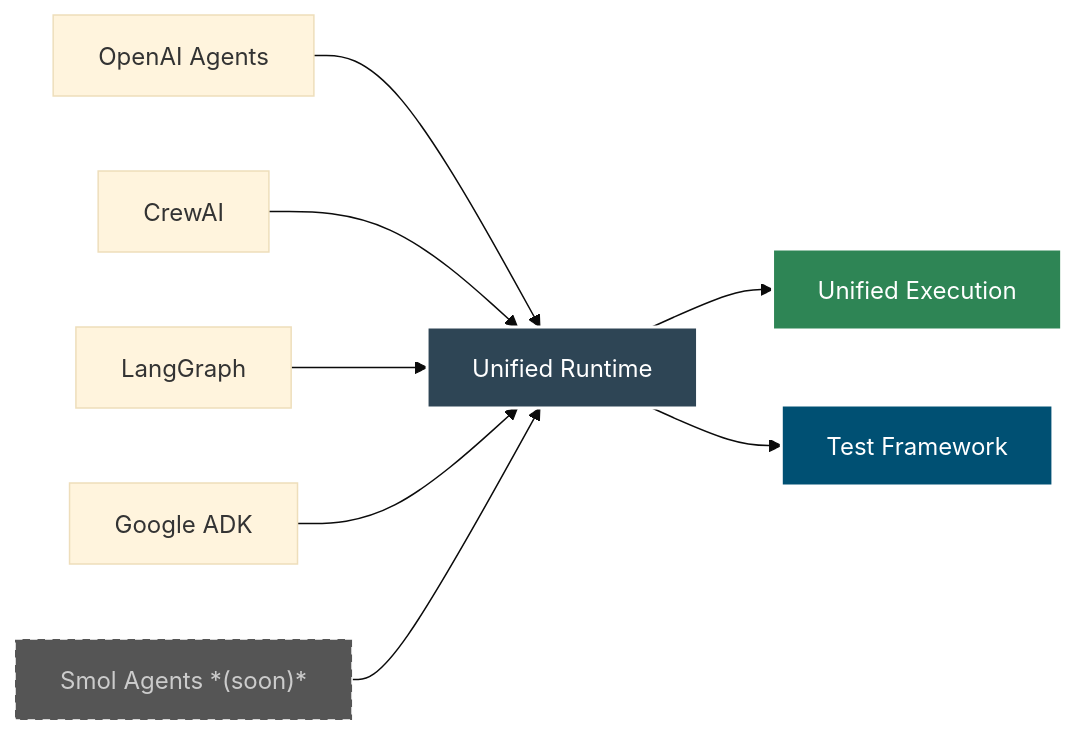
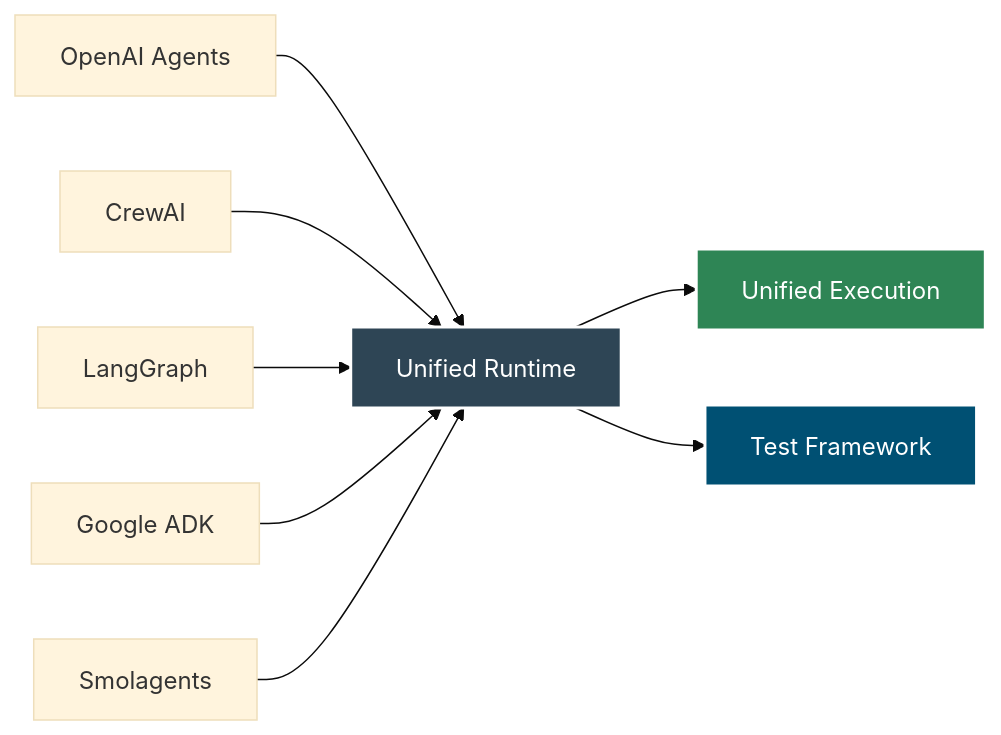
Before and after one commit to pulindu-yl/agent-kernel: the first of 2 diagrams in docs/docs/intro.md, drawn with Mermaid (base theme). The commit also changed 2 other files, not shown here.

````diff
--- a/docs/docs/intro.md
+++ b/docs/docs/intro.md
@@ -31,19 +31,18 @@
 ```mermaid
 ---
 config:
   layout: dagre
 ---
 flowchart LR
     B["Unified Runtime"] --> A["Unified Execution"]
     C["OpenAI Agents"] --> B
     D["CrewAI"] --> B
     E["LangGraph"] --> B
     F["Google ADK"] --> B
-    SA["Smol Agents *(soon)*"] --> B
+    SA["Smolagents"] --> B
     G["Test Framework"]
     B --> G
     style A fill:#2e8555,stroke:#fff,stroke-width:2px,color:#fff
     style B fill:#2e4555,stroke:#fff,stroke-width:2px,color:#fff
     style G fill:#005073,stroke:#fff,stroke-width:2px,color:#fff
-    style SA fill:#555,stroke:#fff,stroke-width:1px,color:#ccc,stroke-dasharray: 5 5
 ```
````
